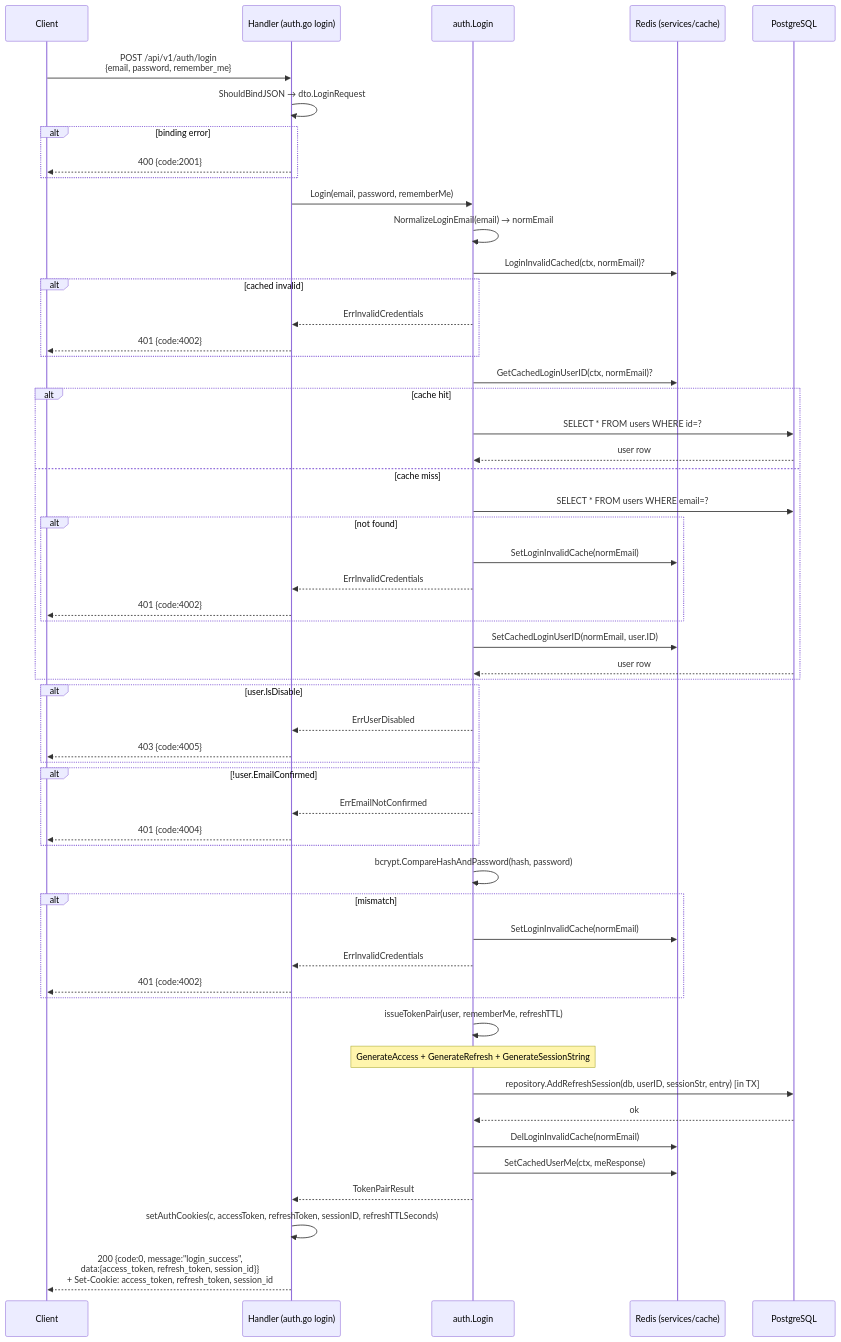
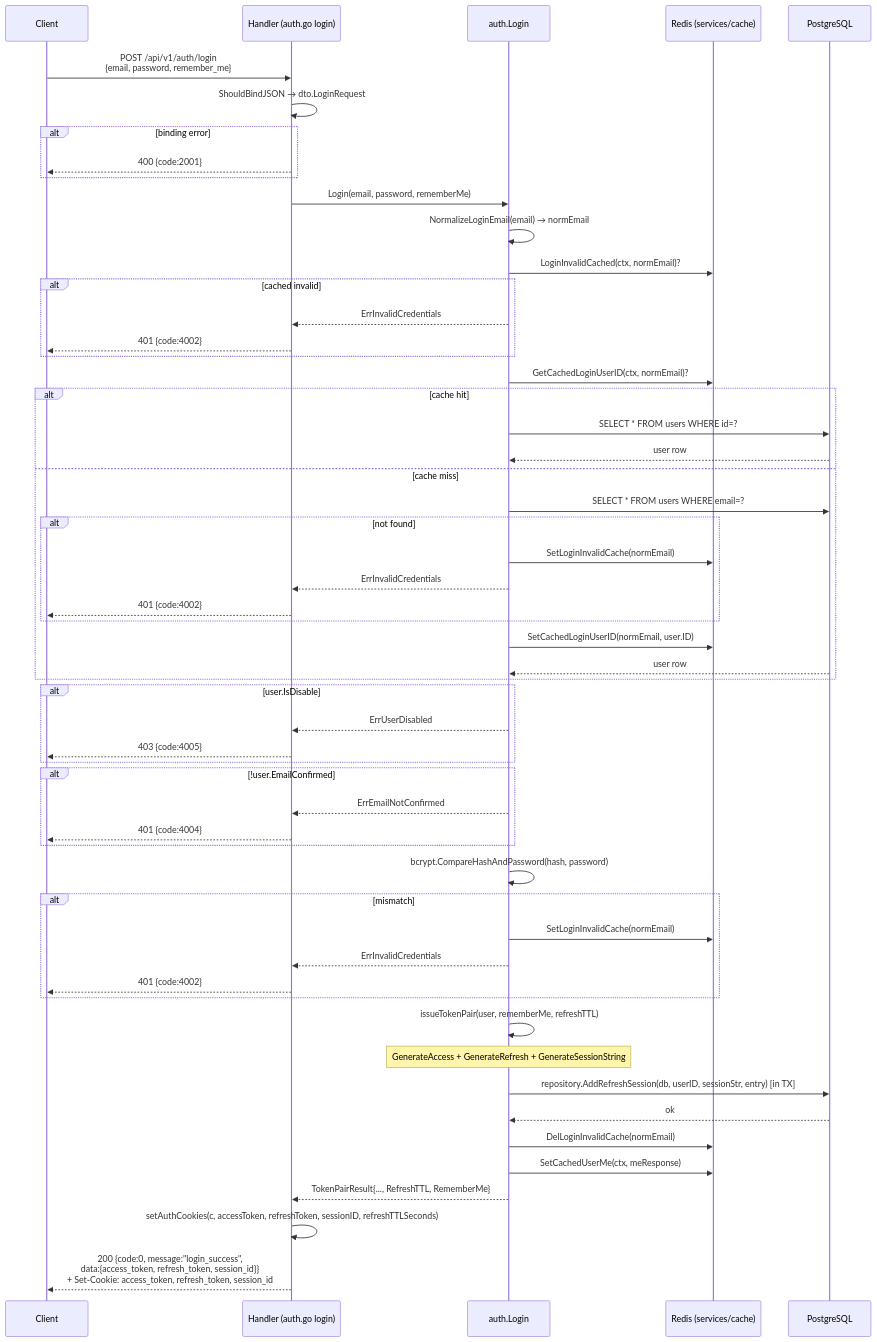
The sixth of 26 diagrams in docs/sequence_diagrams.md (lkienkle11/be-mycourse), drawn with Mermaid before and after one commit. The commit also changed other lines of this file and 8 other files, not shown here.

Commit message:
docs: document remember me refresh token TTL policy

````diff
--- a/docs/sequence_diagrams.md
+++ b/docs/sequence_diagrams.md
@@ -288,65 +288,65 @@
 ```mermaid
 sequenceDiagram
     participant C as Client
     participant H as Handler (auth.go login)
     participant SVC as auth.Login
     participant Cache as Redis (services/cache)
     participant DB as PostgreSQL
 
     C->>H: POST /api/v1/auth/login<br/>{email, password, remember_me}
     H->>H: ShouldBindJSON → dto.LoginRequest
     alt binding error
         H-->>C: 400 {code:2001}
     end
 
     H->>SVC: Login(email, password, rememberMe)
     SVC->>SVC: NormalizeLoginEmail(email) → normEmail
     SVC->>Cache: LoginInvalidCached(ctx, normEmail)?
     alt cached invalid
         SVC-->>H: ErrInvalidCredentials
         H-->>C: 401 {code:4002}
     end
 
     SVC->>Cache: GetCachedLoginUserID(ctx, normEmail)?
     alt cache hit
         SVC->>DB: SELECT * FROM users WHERE id=?
         DB-->>SVC: user row
     else cache miss
         SVC->>DB: SELECT * FROM users WHERE email=?
         alt not found
             SVC->>Cache: SetLoginInvalidCache(normEmail)
             SVC-->>H: ErrInvalidCredentials
             H-->>C: 401 {code:4002}
         end
         SVC->>Cache: SetCachedLoginUserID(normEmail, user.ID)
         DB-->>SVC: user row
     end
 
     alt user.IsDisable
         SVC-->>H: ErrUserDisabled
         H-->>C: 403 {code:4005}
     end
     alt !user.EmailConfirmed
         SVC-->>H: ErrEmailNotConfirmed
         H-->>C: 401 {code:4004}
     end
 
     SVC->>SVC: bcrypt.CompareHashAndPassword(hash, password)
     alt mismatch
         SVC->>Cache: SetLoginInvalidCache(normEmail)
         SVC-->>H: ErrInvalidCredentials
         H-->>C: 401 {code:4002}
     end
 
     SVC->>SVC: issueTokenPair(user, rememberMe, refreshTTL)
     Note over SVC: GenerateAccess + GenerateRefresh + GenerateSessionString
     SVC->>DB: repository.AddRefreshSession(db, userID, sessionStr, entry) [in TX]
     DB-->>SVC: ok
 
     SVC->>Cache: DelLoginInvalidCache(normEmail)
     SVC->>Cache: SetCachedUserMe(ctx, meResponse)
 
-    SVC-->>H: TokenPairResult
+    SVC-->>H: TokenPairResult{..., RefreshTTL, RememberMe}
     H->>H: setAuthCookies(c, accessToken, refreshToken, sessionID, refreshTTLSeconds)
     H-->>C: 200 {code:0, message:"login_success",<br/>data:{access_token, refresh_token, session_id}}<br/>+ Set-Cookie: access_token, refresh_token, session_id
 ```
````
